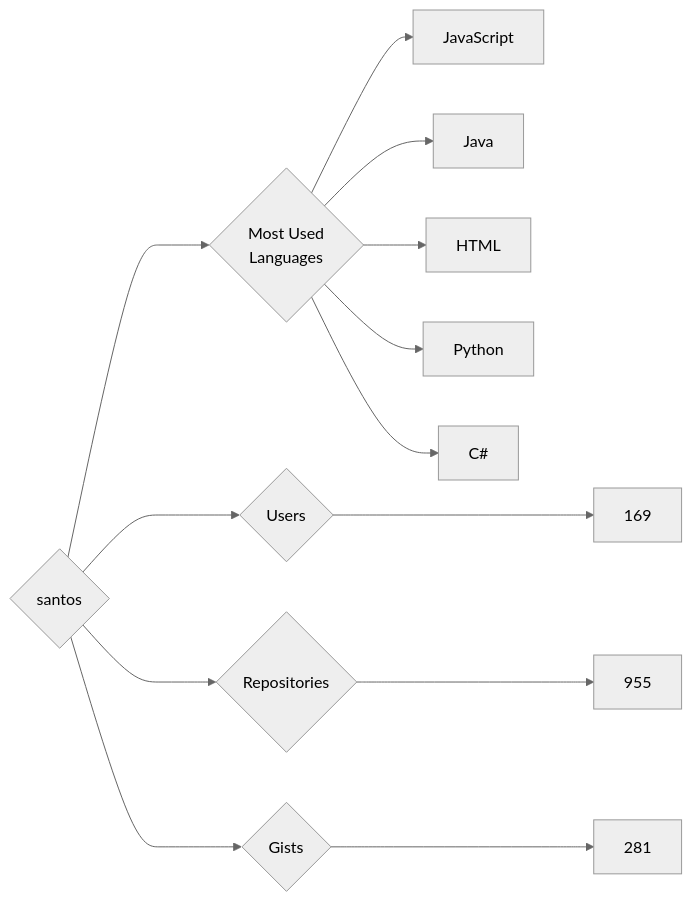
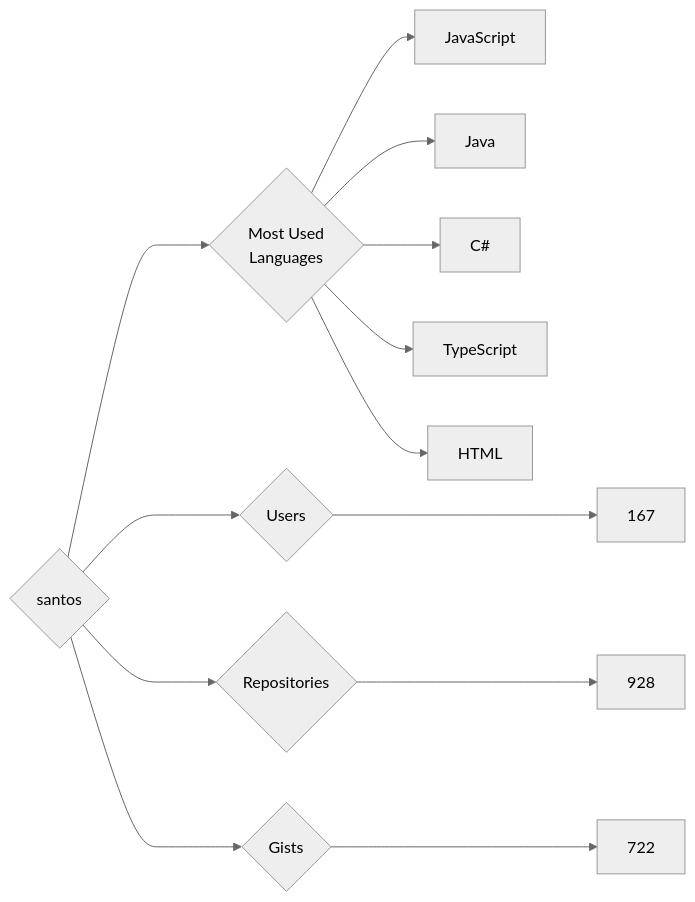
Before and after one commit to trickest/insiders: the diagram in targets/santos/README.md, drawn with Mermaid (neutral theme). The commit also changed 757 other files, not shown here.

````diff
--- a/targets/santos/README.md
+++ b/targets/santos/README.md
@@ -3,13 +3,13 @@
 ```mermaid
 graph LR
 COMPANY_NAME{santos}
-COMPANY_NAME ---> U{Users} ---> UN[169]
-COMPANY_NAME ---> R{Repositories} ---> RN[955]
-COMPANY_NAME ---> G{Gists} ---> GN[281]
+COMPANY_NAME ---> U{Users} ---> UN[167]
+COMPANY_NAME ---> R{Repositories} ---> RN[928]
+COMPANY_NAME ---> G{Gists} ---> GN[722]
 COMPANY_NAME ---> ML{Most Used<br>Languages}
 ML --> JavaScript[JavaScript]
 ML --> Java[Java]
+ML --> C#[C#]
+ML --> TypeScript[TypeScript]
 ML --> HTML[HTML]
-ML --> Python[Python]
-ML --> C#[C#]
 ```
````
